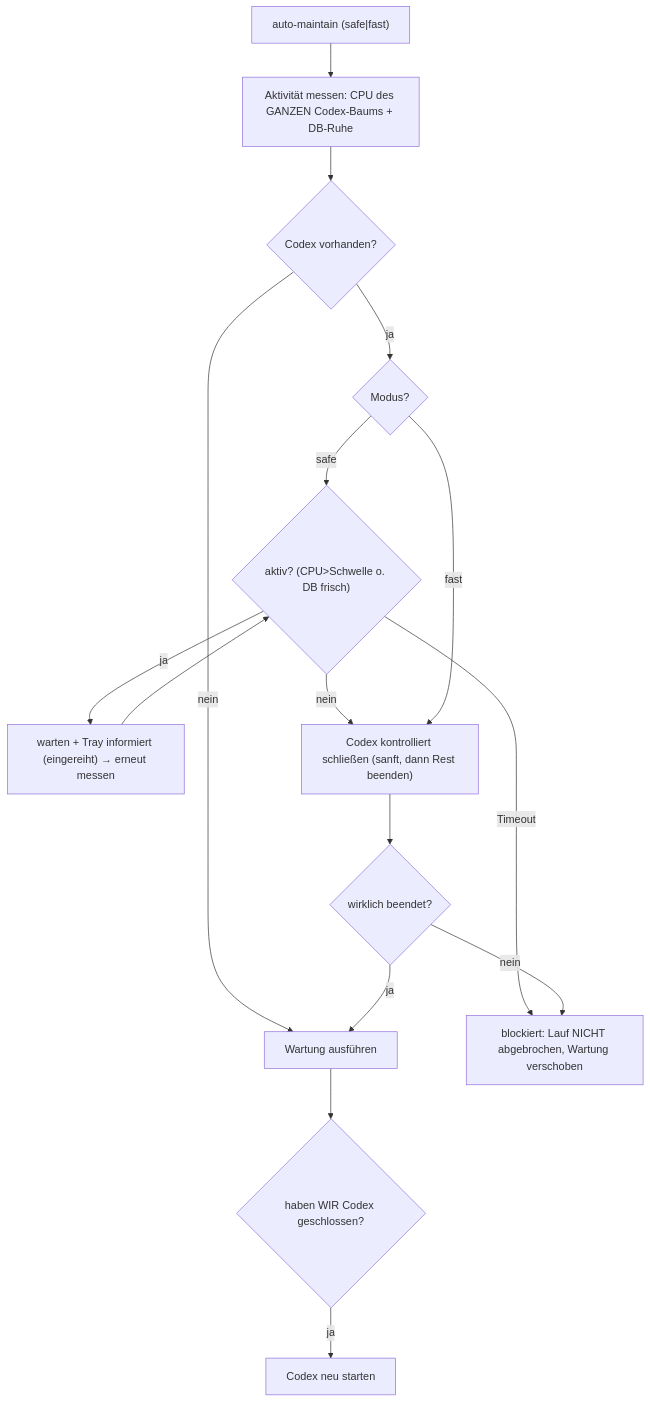
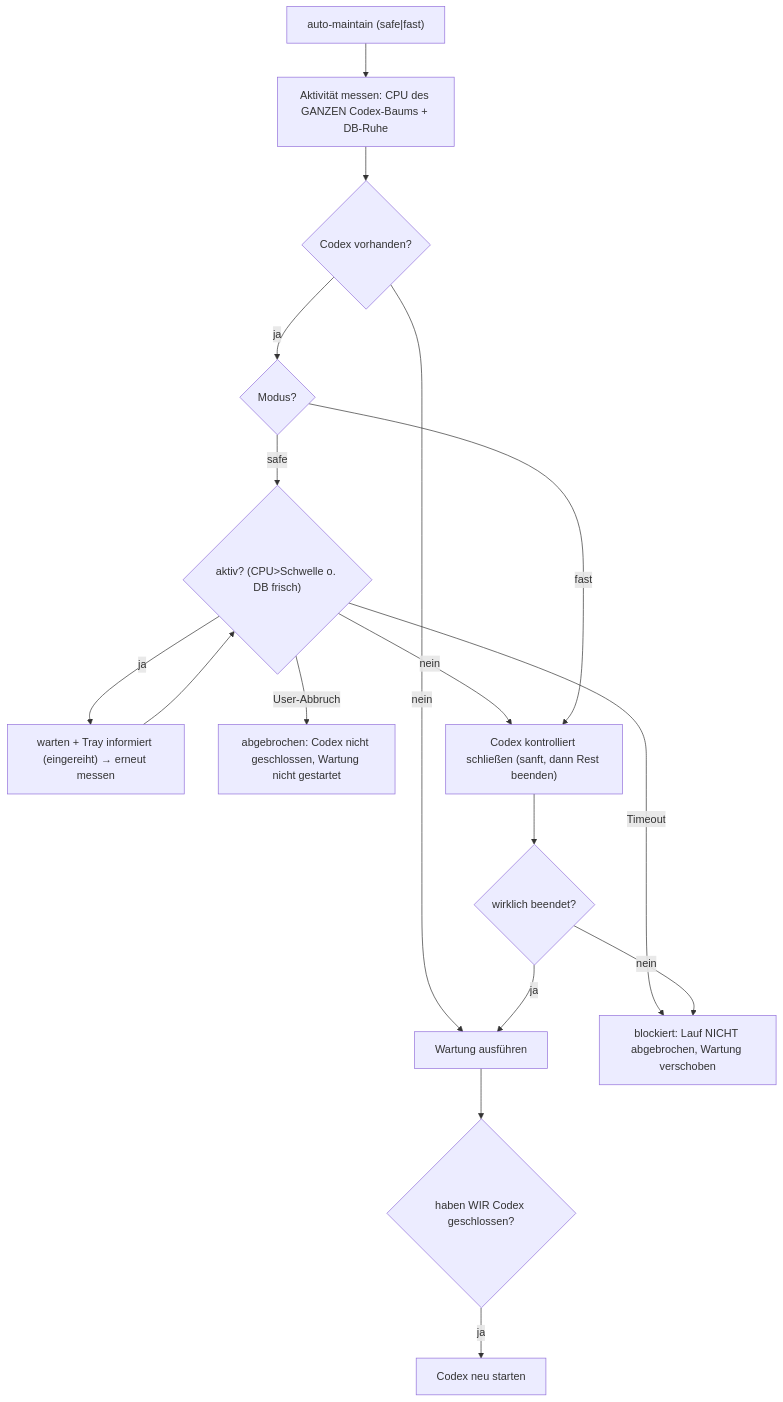
One commit to dev-bricks/CareCenter-for-Codex changed the third of 3 diagrams in ARCHITECTURE.md. Above: the diagram before and after it, drawn with Mermaid. The commit also changed other lines of this file and 15 other files, not shown here.

````diff
--- a/ARCHITECTURE.md
+++ b/ARCHITECTURE.md
@@ -72,18 +72,19 @@
 ```mermaid
 flowchart TD
     A["auto-maintain (safe|fast)"] --> B["Aktivität messen: CPU des GANZEN Codex-Baums + DB-Ruhe"]
     B --> C{"Codex vorhanden?"}
     C -- nein --> M["Wartung ausführen"]
     C -- ja --> D{"Modus?"}
     D -- safe --> E{"aktiv? (CPU>Schwelle o. DB frisch)"}
     E -- ja --> W["warten + Tray informiert (eingereiht) → erneut messen"]
     W --> E
+    E -- "User-Abbruch" --> CXL["abgebrochen: Codex nicht geschlossen, Wartung nicht gestartet"]
     E -- "Timeout" --> X["blockiert: Lauf NICHT abgebrochen, Wartung verschoben"]
     E -- nein --> F["Codex kontrolliert schließen (sanft, dann Rest beenden)"]
     D -- fast --> F
     F --> G{"wirklich beendet?"}
     G -- nein --> X
     G -- ja --> M
     M --> R{"haben WIR Codex geschlossen?"}
     R -- ja --> S["Codex neu starten"]
 ```
````
